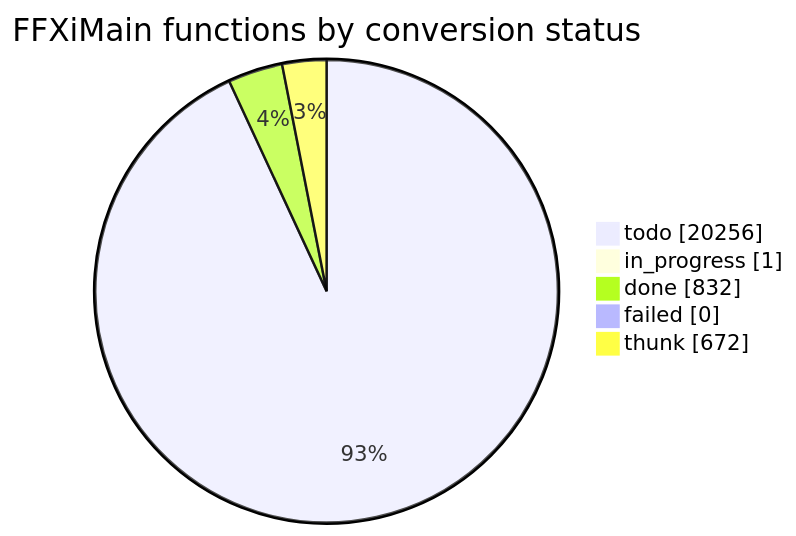
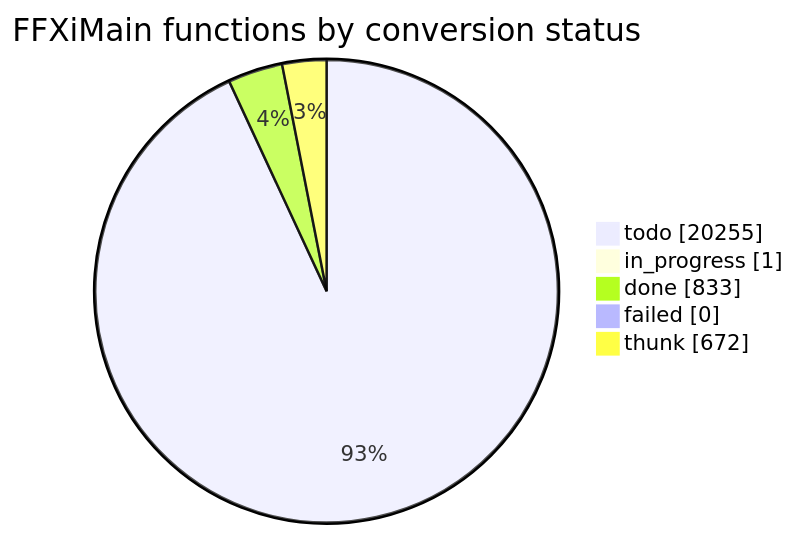
Before and after one commit to cowrevenge/cow_kuluu_xi_anything: the diagram in docs/cow/STATUS.md, drawn with Mermaid. The commit also changed other lines of this file and 9 other files, not shown here.

````diff
--- a/docs/cow/STATUS.md
+++ b/docs/cow/STATUS.md
@@ -18,9 +18,9 @@
 ```mermaid
 pie showData
     title FFXiMain functions by conversion status
-    "todo" : 20256
+    "todo" : 20255
     "in_progress" : 1
-    "done" : 832
+    "done" : 833
     "failed" : 0
     "thunk" : 672
 ```
````
